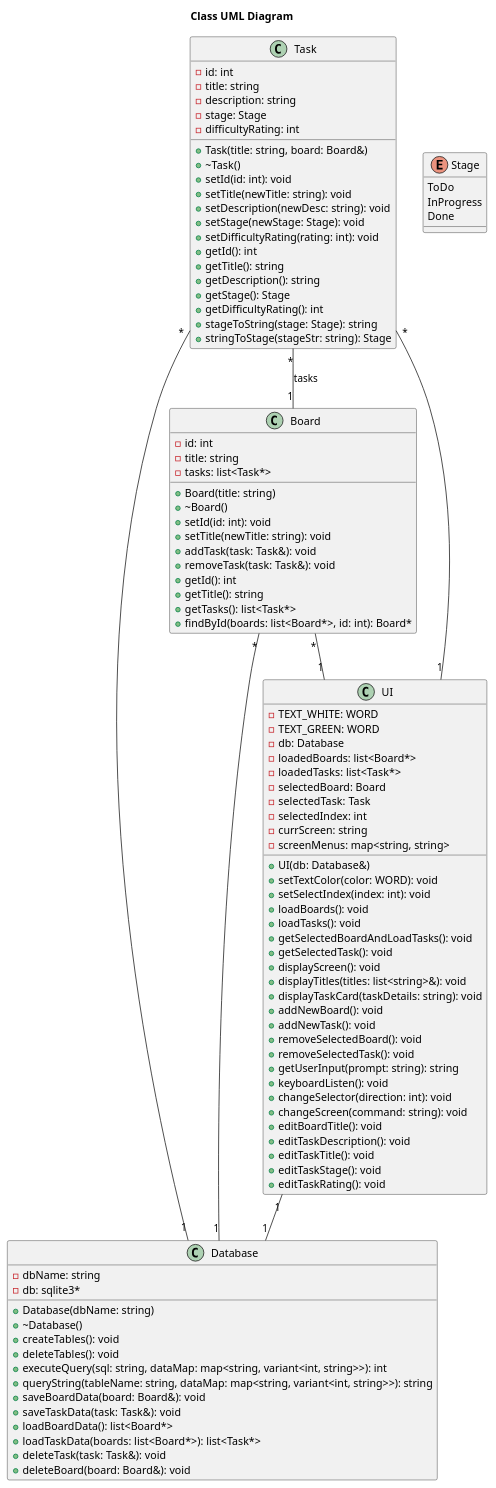
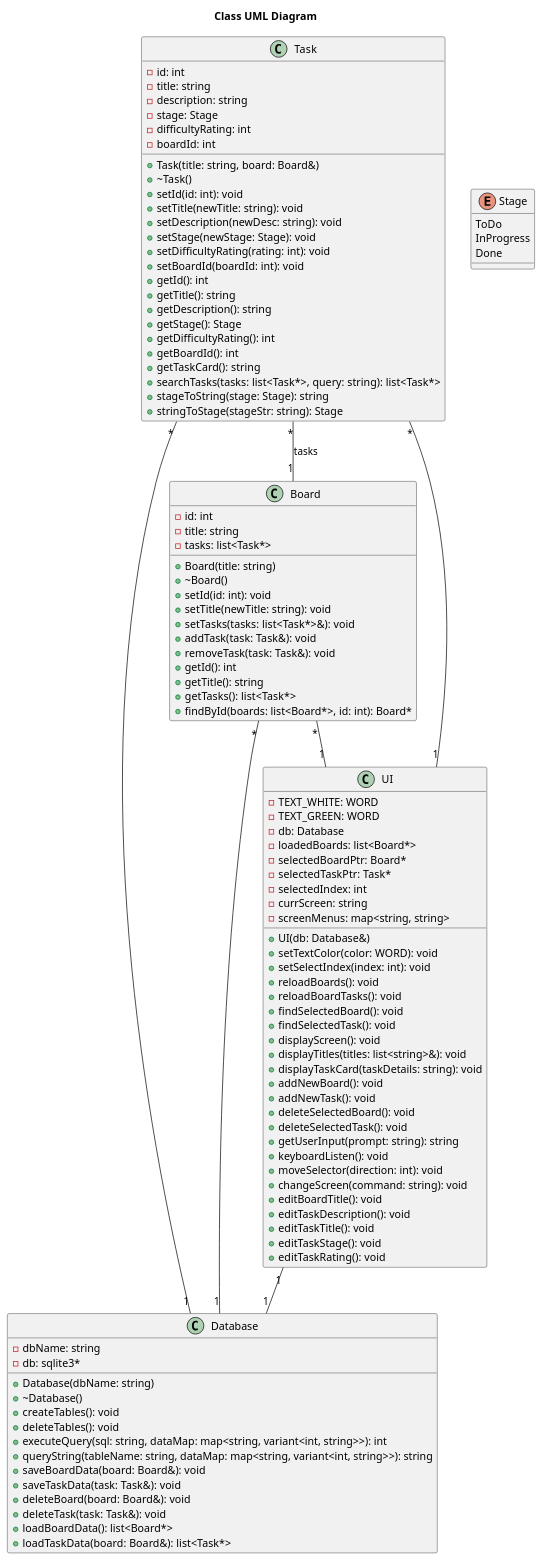
The diagram in diagrams/classUML.puml (travisformayor/cli_kanban), drawn with PlantUML before and after one commit. The commit also changed 2 other files, not shown here.

```diff
--- a/diagrams/classUML.puml
+++ b/diagrams/classUML.puml
@@ -1,109 +1,114 @@
 @startuml classUML
 
 title Class UML Diagram
 
 Task "*" -- "1" Board : tasks
 Task "*" -- "1" Database
 Board "*" -- "1" Database
 Board "*" -- "1" UI
 Task "*" -- "1" UI
 UI "1" -- "1" Database
 
 enum Stage {
   ToDo
   InProgress
   Done
 }
 
 class Task {
   -id: int
   -title: string
   -description: string
   -stage: Stage
   -difficultyRating: int
+  -boardId: int
   +Task(title: string, board: Board&)
   +~Task()
   +setId(id: int): void
   +setTitle(newTitle: string): void
   +setDescription(newDesc: string): void
   +setStage(newStage: Stage): void
   +setDifficultyRating(rating: int): void
+  +setBoardId(boardId: int): void
   +getId(): int
   +getTitle(): string
   +getDescription(): string
   +getStage(): Stage
   +getDifficultyRating(): int
+  +getBoardId(): int
+  +getTaskCard(): string
+  +searchTasks(tasks: list<Task*>, query: string): list<Task*>
   +stageToString(stage: Stage): string
   +stringToStage(stageStr: string): Stage
 }
 
 class Board {
   -id: int
   -title: string
   -tasks: list<Task*>
   +Board(title: string)
   +~Board()
   +setId(id: int): void
   +setTitle(newTitle: string): void
+  +setTasks(tasks: list<Task*>&): void
   +addTask(task: Task&): void
   +removeTask(task: Task&): void
   +getId(): int
   +getTitle(): string
   +getTasks(): list<Task*>
   +findById(boards: list<Board*>, id: int): Board*
 }
 
 class UI {
   -TEXT_WHITE: WORD
   -TEXT_GREEN: WORD
   -db: Database
   -loadedBoards: list<Board*>
-  -loadedTasks: list<Task*>
-  -selectedBoard: Board
-  -selectedTask: Task
+  -selectedBoardPtr: Board*
+  -selectedTaskPtr: Task*
   -selectedIndex: int
   -currScreen: string
   -screenMenus: map<string, string>
   +UI(db: Database&)
   +setTextColor(color: WORD): void
   +setSelectIndex(index: int): void
-  +loadBoards(): void
-  +loadTasks(): void
-  +getSelectedBoardAndLoadTasks(): void
-  +getSelectedTask(): void
+  +reloadBoards(): void
+  +reloadBoardTasks(): void
+  +findSelectedBoard(): void
+  +findSelectedTask(): void
   +displayScreen(): void
   +displayTitles(titles: list<string>&): void
   +displayTaskCard(taskDetails: string): void
   +addNewBoard(): void
   +addNewTask(): void
-  +removeSelectedBoard(): void
-  +removeSelectedTask(): void
+  +deleteSelectedBoard(): void
+  +deleteSelectedTask(): void
   +getUserInput(prompt: string): string
   +keyboardListen(): void
-  +changeSelector(direction: int): void
+  +moveSelector(direction: int): void
   +changeScreen(command: string): void
   +editBoardTitle(): void
   +editTaskDescription(): void
   +editTaskTitle(): void
   +editTaskStage(): void
   +editTaskRating(): void
 }
 
 class Database {
   -dbName: string
   -db: sqlite3*
   +Database(dbName: string)
   +~Database()
   +createTables(): void
   +deleteTables(): void
   +executeQuery(sql: string, dataMap: map<string, variant<int, string>>): int
   +queryString(tableName: string, dataMap: map<string, variant<int, string>>): string
   +saveBoardData(board: Board&): void
   +saveTaskData(task: Task&): void
+  +deleteBoard(board: Board&): void
+  +deleteTask(task: Task&): void
   +loadBoardData(): list<Board*>
-  +loadTaskData(boards: list<Board*>): list<Task*>
-  +deleteTask(task: Task&): void
-  +deleteBoard(board: Board&): void
+  +loadTaskData(board: Board&): list<Task*>
 }
 
 @enduml
```
